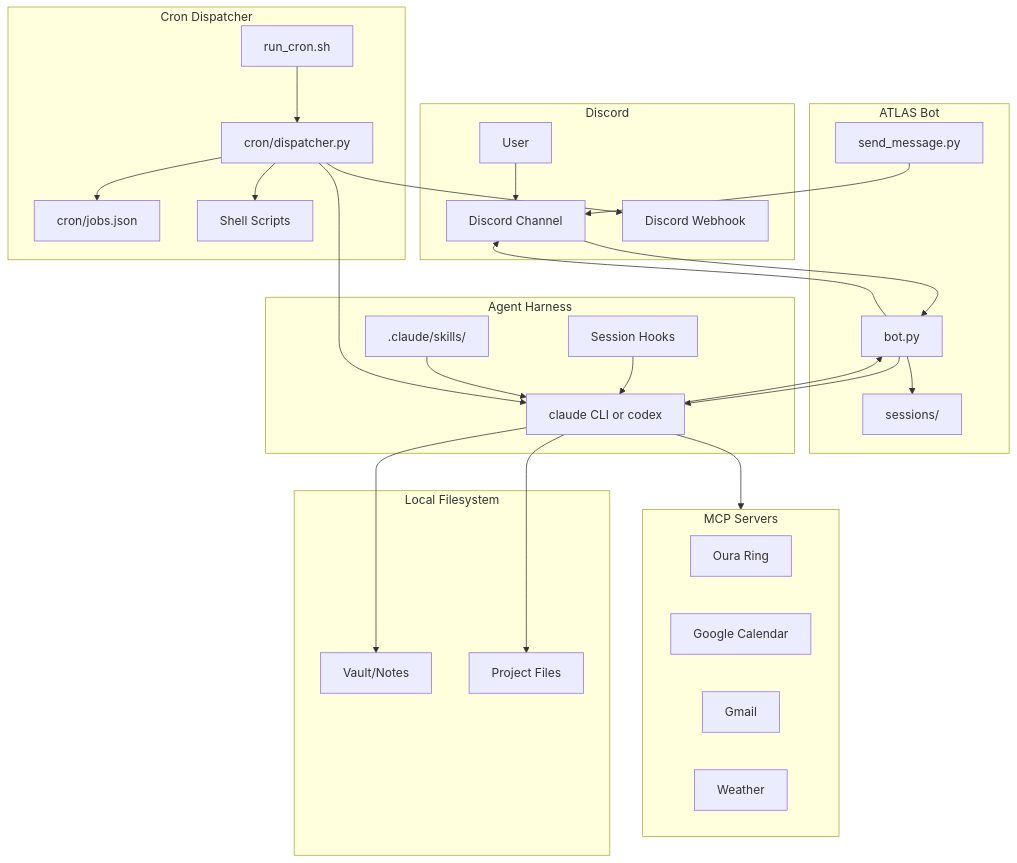
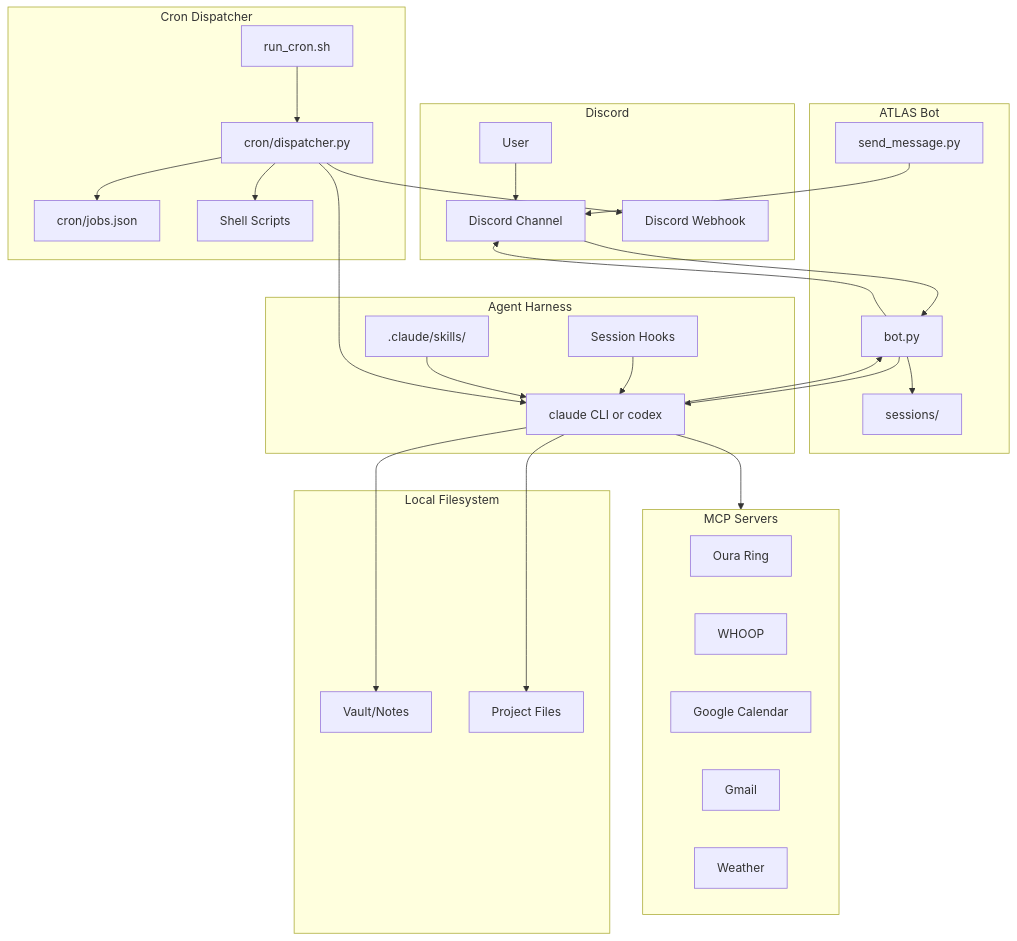
The first of 5 diagrams in README.md (jamesmoon2/ATLAS-bot), drawn with Mermaid before and after one commit. The commit also changed other lines of this file and 60 other files, not shown here.

````diff
--- a/README.md
+++ b/README.md
@@ -12,57 +12,58 @@
 ```mermaid
 flowchart TB
     subgraph Discord
         User[User]
         Channel[Discord Channel]
         Webhook[Discord Webhook]
     end
 
     subgraph ATLAS[ATLAS Bot]
         Bot[bot.py]
         Sessions[sessions/]
         SendMsg[send_message.py]
     end
 
     subgraph Cron[Cron Dispatcher]
         RunCron[run_cron.sh]
         Dispatcher[cron/dispatcher.py]
         Jobs[cron/jobs.json]
         Scripts[Shell Scripts]
     end
 
     subgraph CLI[Agent Harness]
         Agent[claude CLI or codex]
         Hooks[Session Hooks]
         Skills[.claude/skills/]
     end
 
     subgraph MCP[MCP Servers]
         Oura[Oura Ring]
+        Whoop[WHOOP]
         Calendar[Google Calendar]
         Gmail[Gmail]
         Weather[Weather]
     end
 
     subgraph FS[Local Filesystem]
         Vault[Vault/Notes]
         Files[Project Files]
     end
 
     User --> Channel
     Channel --> Bot
     Bot --> Agent
     Bot --> Sessions
     Agent --> Vault
     Agent --> Files
     Agent --> MCP
     Hooks --> Agent
     Skills --> Agent
     Agent --> Bot
     Bot --> Channel
     RunCron --> Dispatcher
     Dispatcher --> Jobs
     Dispatcher --> Agent
     Dispatcher --> Scripts
     Dispatcher --> Webhook
     SendMsg --> Channel
 ```
````
